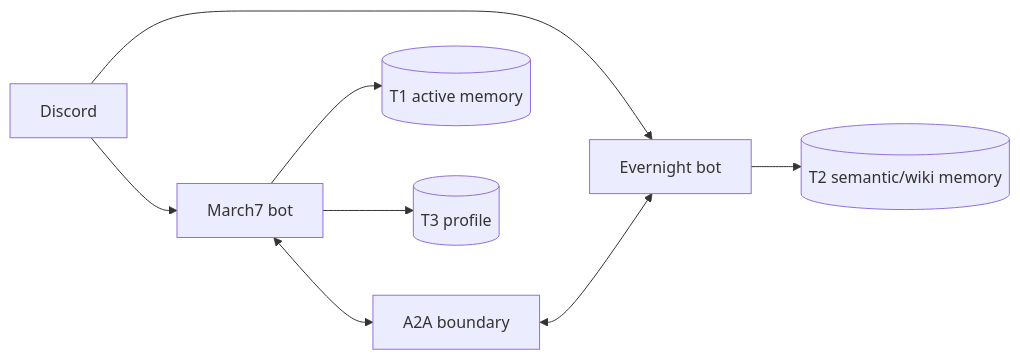
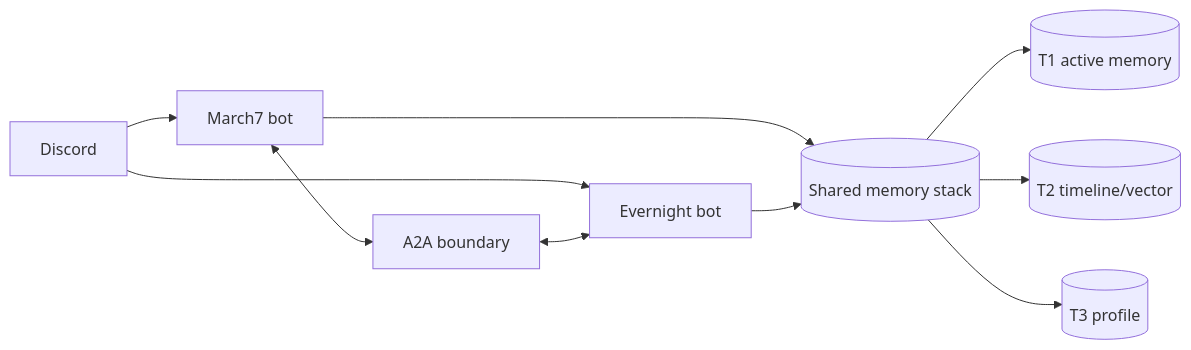
Before and after one commit to Flowerf19/Harness_agent: the diagram in README.MD, drawn with Mermaid. The commit also changed other lines of this file and 129 other files, not shown here.

````diff
--- a/README.MD
+++ b/README.MD
@@ -33,10 +33,12 @@
 ```mermaid
 flowchart LR
     D[Discord] --> M[March7 bot]
     D --> E[Evernight bot]
     M <--> A[A2A boundary]
     A <--> E
-    M --> T1[(T1 active memory)]
-    M --> T3[(T3 profile)]
-    E --> T2[(T2 semantic/wiki memory)]
+    M --> S[(Shared memory stack)]
+    E --> S
+    S --> T1[(T1 active memory)]
+    S --> T2[(T2 timeline/vector)]
+    S --> T3[(T3 profile)]
 ```
````
